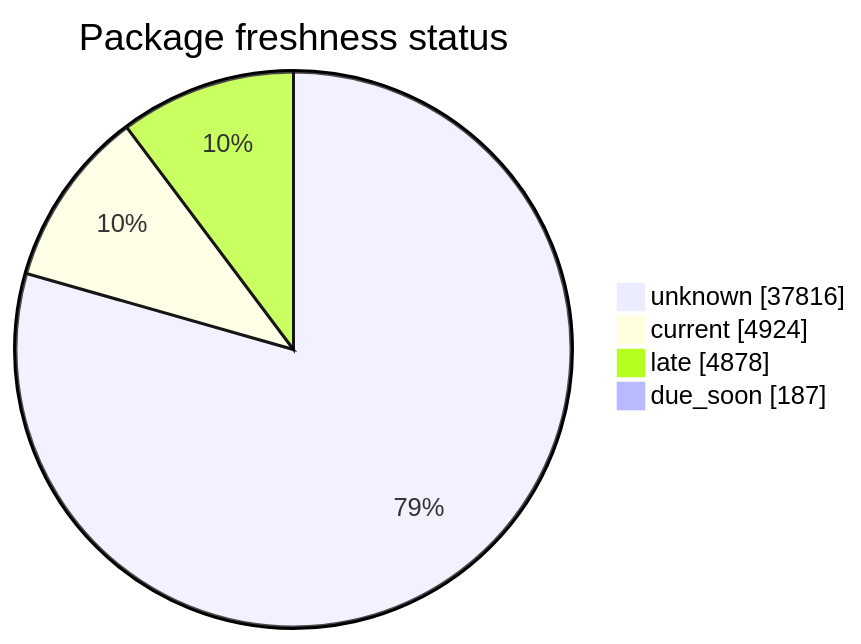
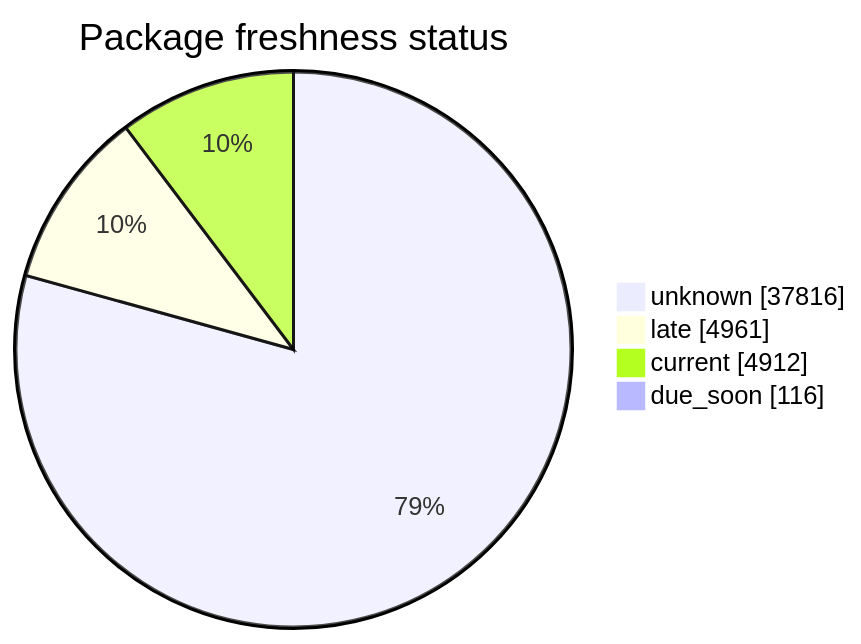
The second of 5 diagrams in FreshCheck/README.md (open-data/analytics-corporate-reporting), drawn with Mermaid before and after one commit. The commit also changed other lines of this file and 3 other files, not shown here.

````diff
--- a/FreshCheck/README.md
+++ b/FreshCheck/README.md
@@ -68,7 +68,7 @@
 ```mermaid
 pie showData title Package freshness status
     "unknown": 37816
-    "current": 4924
-    "late": 4878
-    "due_soon": 187
+    "late": 4961
+    "current": 4912
+    "due_soon": 116
 ```
````
